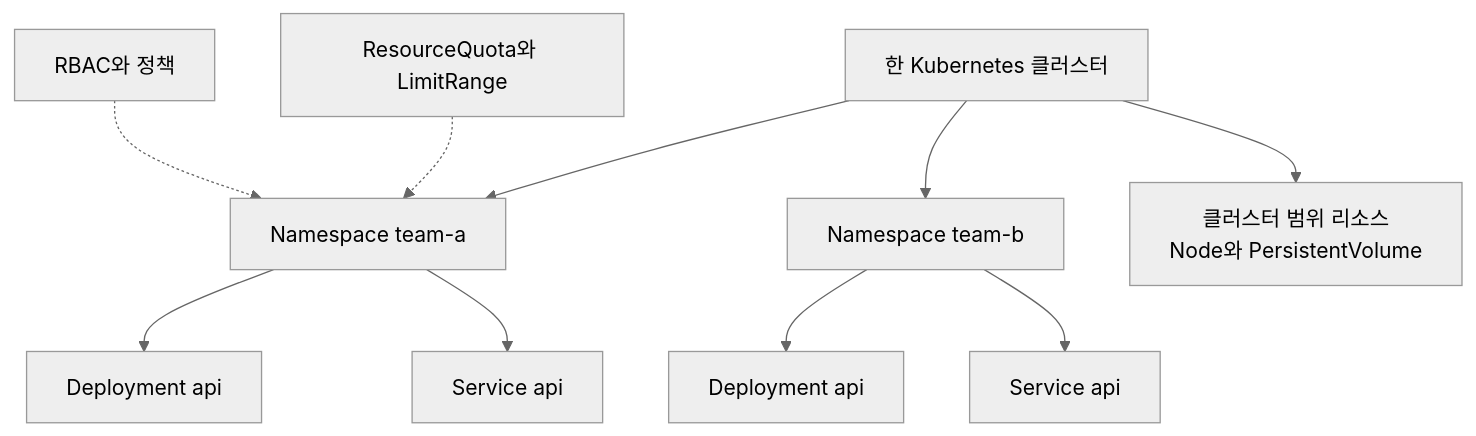
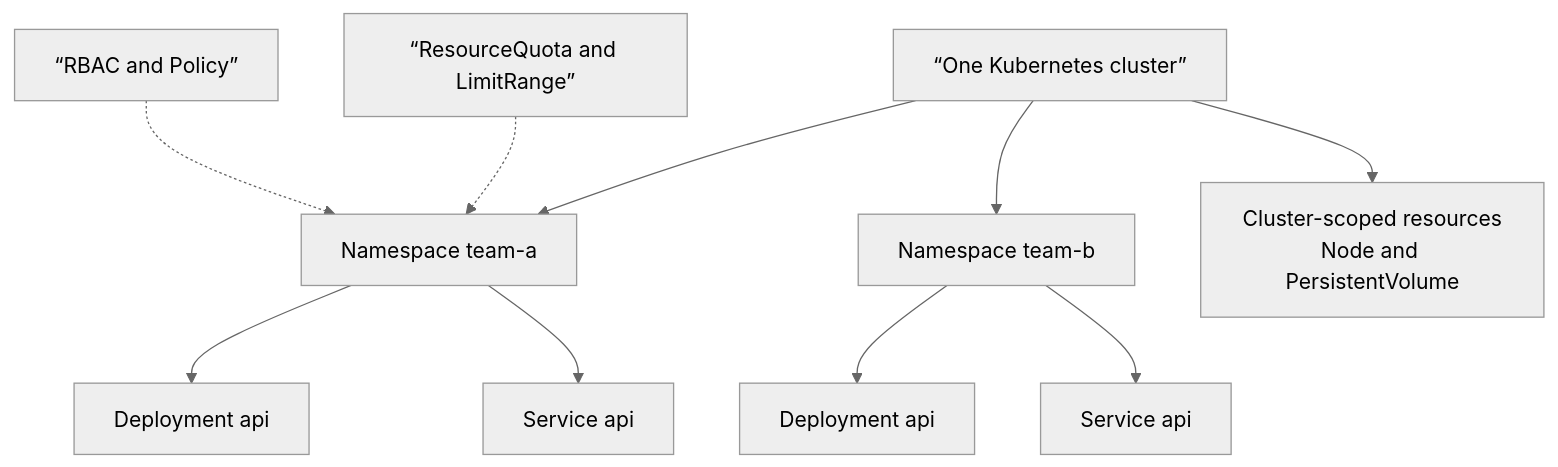
Before and after one commit to nohdol97/nohdol-study: the second of 4 diagrams in docs-site/content/kubernetes/02-api-and-objects.md, drawn with Mermaid (neutral theme). The commit also changed other lines of this file and 116 other files, not shown here.

````diff
--- a/docs-site/content/kubernetes/02-api-and-objects.md
+++ b/docs-site/content/kubernetes/02-api-and-objects.md
@@ -42,12 +42,12 @@
 ```mermaid
 flowchart TD
-    C["한 Kubernetes 클러스터"] --> A["Namespace team-a"]
+    C[“One Kubernetes cluster”] --> A["Namespace team-a"]
     C --> B["Namespace team-b"]
-    C --> G["클러스터 범위 리소스<br/>Node와 PersistentVolume"]
+    C --> G["Cluster-scoped resources<br/>Node and PersistentVolume"]
     A --> A1["Deployment api"]
     A --> A2["Service api"]
     B --> B1["Deployment api"]
     B --> B2["Service api"]
-    PA["RBAC와 정책"] -.-> A
-    QA["ResourceQuota와 LimitRange"] -.-> A
+    PA[“RBAC and Policy”] -.-> A
+    QA[“ResourceQuota and LimitRange”] -.-> A
 ```
````
